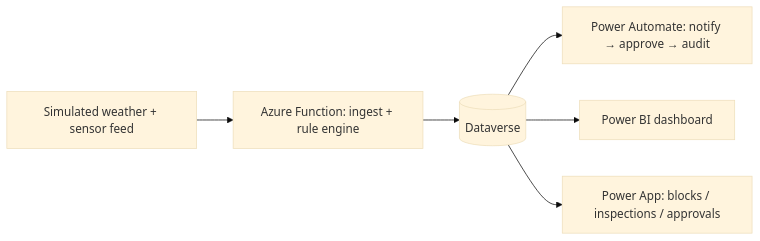
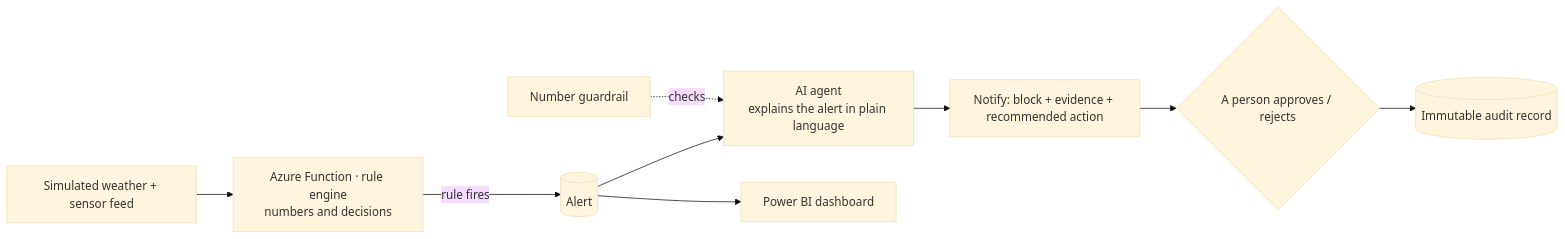
Before and after one commit to Zeeekrom/agrisentry: the diagram in README.md, drawn with Mermaid (base theme). The commit also changed other lines of this file and 2 other files, not shown here.

Commit message:
docs: restructure READMEs around the AI agent and refresh the poster

````diff
--- a/README.md
+++ b/README.md
@@ -72,8 +83,11 @@
 ```mermaid
 flowchart LR
-    S[Simulated weather + sensor feed] --> F[Azure Function: ingest + rule engine]
-    F --> DV[(Dataverse)]
-    DV --> PA[Power Automate: notify → approve → audit]
-    DV --> BI[Power BI dashboard]
-    DV --> APP[Power App: blocks / inspections / approvals]
+    S[Simulated weather + sensor feed] --> F[Azure Function · rule engine<br/>numbers and decisions]
+    F -->|rule fires| AL[(Alert)]
+    AL --> AG[AI agent<br/>explains the alert in plain language]
+    AG --> N[Notify: block + evidence + recommended action]
+    N --> H{A person approves / rejects}
+    H --> AU[(Immutable audit record)]
+    AL --> BI[Power BI dashboard]
+    G[Number guardrail] -.checks.-> AG
 ```
````
